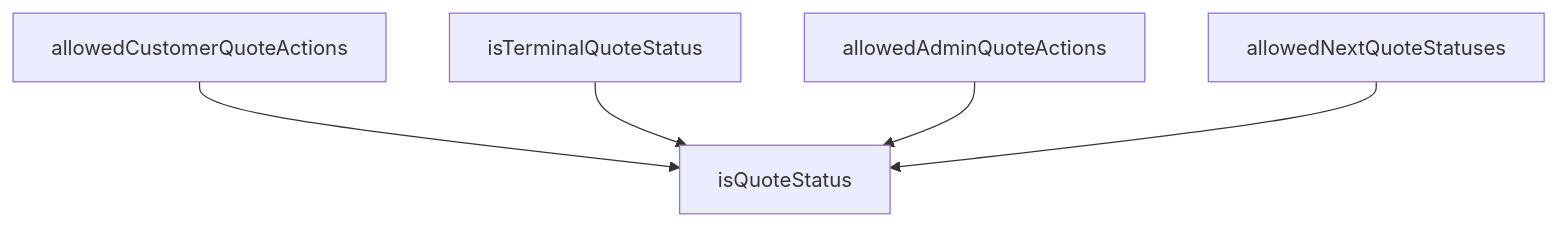
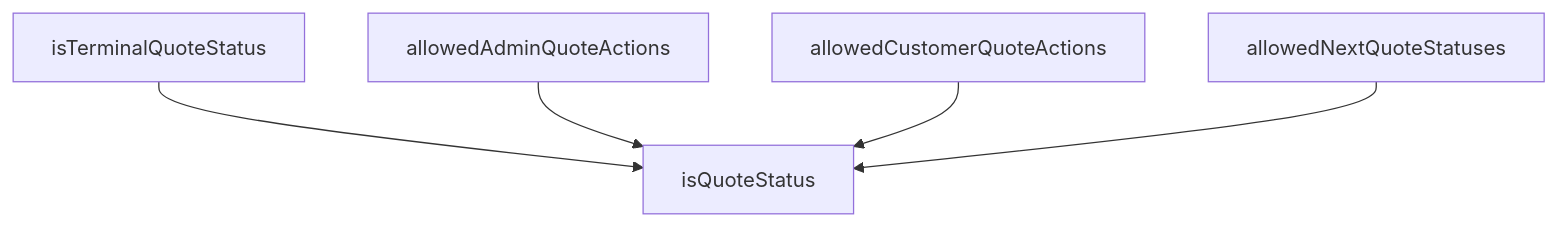
Before and after one commit to peckop/venthub-hvac-esite: the diagram in src/lib/quotes/quoteStatusMachine.md, drawn with Mermaid. The commit also changed other lines of this file and 7 other files, not shown here.

````diff
--- a/src/lib/quotes/quoteStatusMachine.md
+++ b/src/lib/quotes/quoteStatusMachine.md
@@ -168,12 +156,12 @@
 ```mermaid
 graph TD
     quoteStatusMachine_ts__allowedAdminQuoteActions["allowedAdminQuoteActions"]
     quoteStatusMachine_ts__allowedCustomerQuoteActions["allowedCustomerQuoteActions"]
     quoteStatusMachine_ts__allowedNextQuoteStatuses["allowedNextQuoteStatuses"]
     quoteStatusMachine_ts__isQuoteStatus["isQuoteStatus"]
     quoteStatusMachine_ts__isTerminalQuoteStatus["isTerminalQuoteStatus"]
-    quoteStatusMachine_ts__allowedCustomerQuoteActions --> quoteStatusMachine_ts__isQuoteStatus
     quoteStatusMachine_ts__isTerminalQuoteStatus --> quoteStatusMachine_ts__isQuoteStatus
     quoteStatusMachine_ts__allowedAdminQuoteActions --> quoteStatusMachine_ts__isQuoteStatus
+    quoteStatusMachine_ts__allowedCustomerQuoteActions --> quoteStatusMachine_ts__isQuoteStatus
     quoteStatusMachine_ts__allowedNextQuoteStatuses --> quoteStatusMachine_ts__isQuoteStatus
 ```
````
